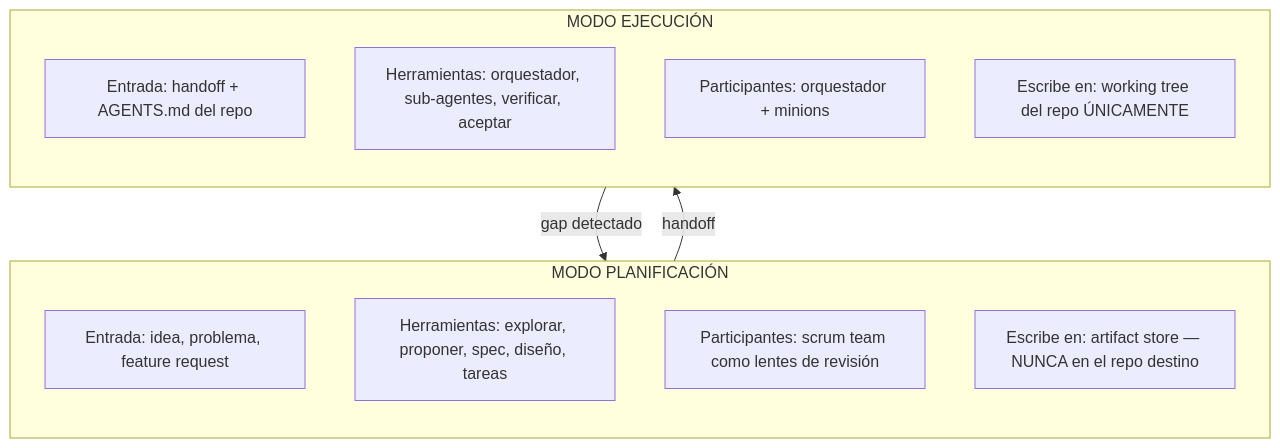
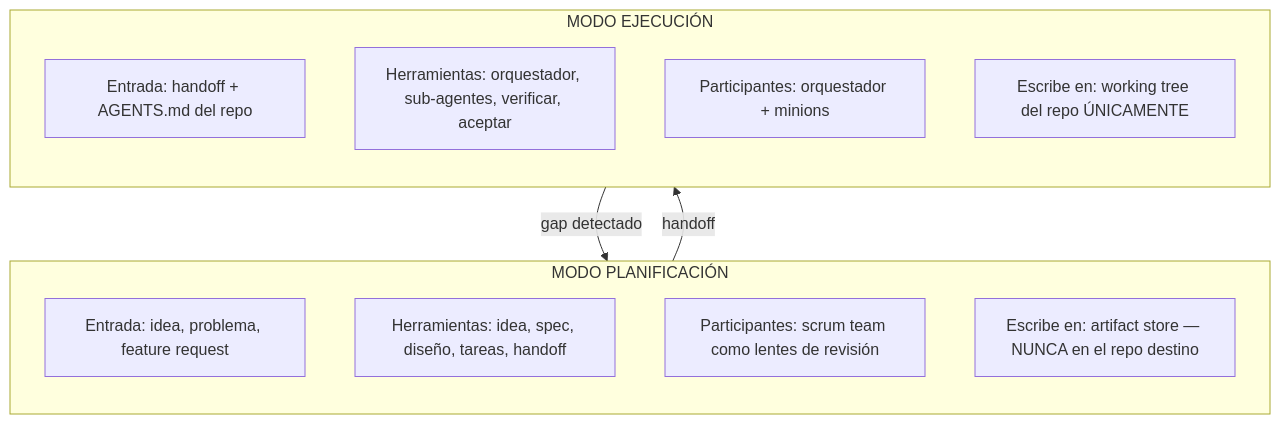
One commit to virgenherrera/idea-to-mvp changed the fourth of 4 diagrams in docs/operational-model.md. Above: the diagram before and after it, drawn with Mermaid. The commit also changed other lines of this file and 4 other files, not shown here.

````diff
--- a/docs/operational-model.md
+++ b/docs/operational-model.md
@@ -242,22 +242,22 @@
 ```mermaid
 flowchart TD
     subgraph PLAN["MODO PLANIFICACIÓN"]
         direction TB
         P_IN["Entrada: idea, problema, feature request"]
-        P_TOOLS["Herramientas: explorar, proponer, spec, diseño, tareas"]
+        P_TOOLS["Herramientas: idea, spec, diseño, tareas, handoff"]
         P_WHO["Participantes: scrum team como lentes de revisión"]
         P_OUT["Escribe en: artifact store — NUNCA en el repo destino"]
     end
 
     PLAN -->|handoff| EXEC
 
     subgraph EXEC["MODO EJECUCIÓN"]
         direction TB
         E_IN["Entrada: handoff + AGENTS.md del repo"]
         E_TOOLS["Herramientas: orquestador, sub-agentes, verificar, aceptar"]
         E_WHO["Participantes: orquestador + minions"]
         E_OUT["Escribe en: working tree del repo ÚNICAMENTE"]
     end
 
     EXEC -->|"gap detectado"| PLAN
 ```
````
